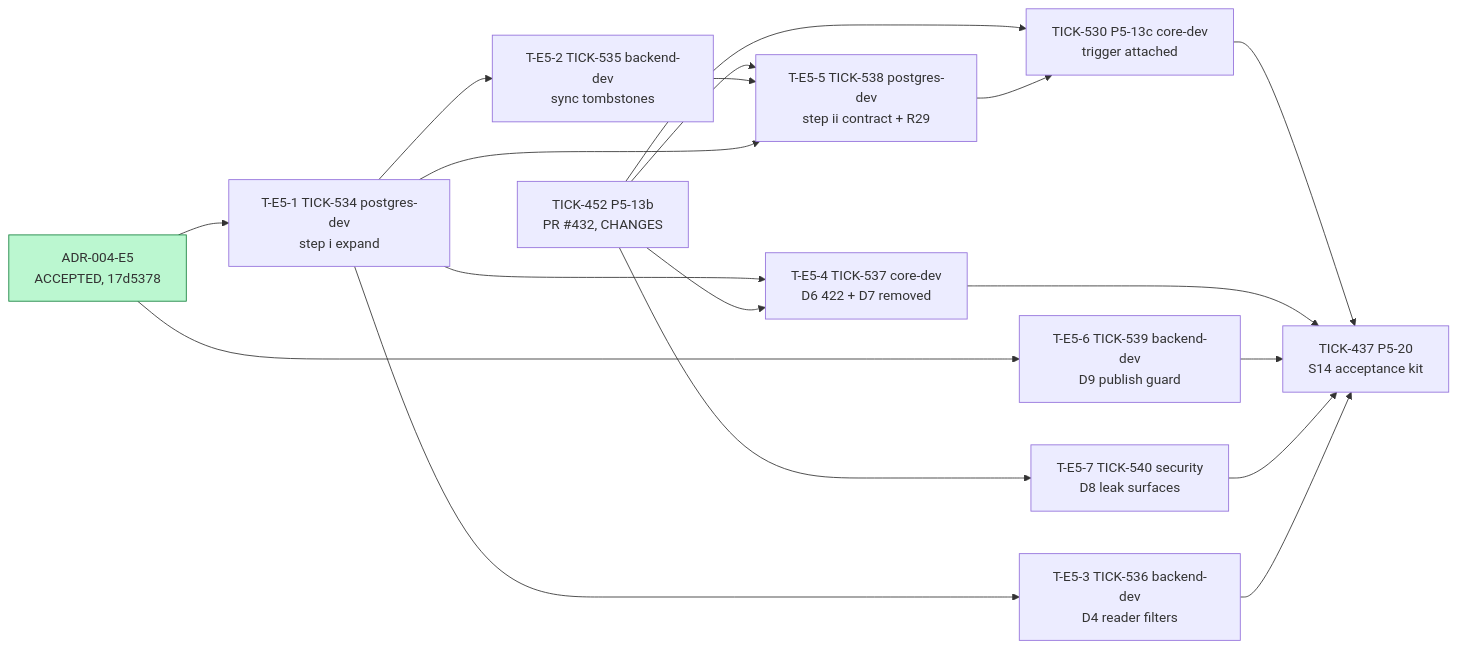
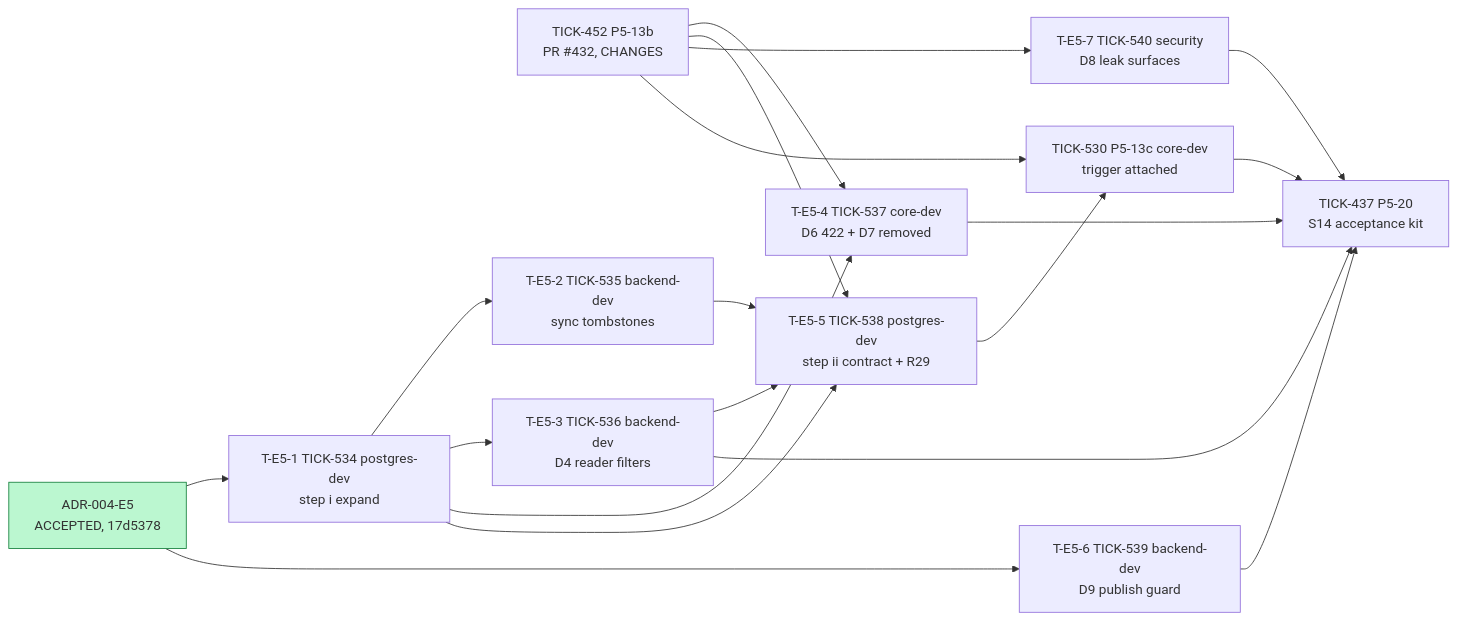
One commit to Navaladi2019/TicketingSystem changed the first of 2 diagrams in docs/delivery/plan-adr-004-e5.md. Above: the diagram before and after it, drawn with Mermaid. The commit also changed other lines of this file and 2 other files, not shown here.

````diff
--- a/docs/delivery/plan-adr-004-e5.md
+++ b/docs/delivery/plan-adr-004-e5.md
@@ -50,21 +50,21 @@
 ```mermaid
 flowchart LR
     ADR[ADR-004-E5<br/>ACCEPTED, 17d5378]:::done
     T452[TICK-452 P5-13b<br/>PR #432, CHANGES]
     E1[T-E5-1 TICK-534 postgres-dev<br/>step i expand]
     E2[T-E5-2 TICK-535 backend-dev<br/>sync tombstones]
     E3[T-E5-3 TICK-536 backend-dev<br/>D4 reader filters]
     E4[T-E5-4 TICK-537 core-dev<br/>D6 422 + D7 removed]
     E5[T-E5-5 TICK-538 postgres-dev<br/>step ii contract + R29]
     E6[T-E5-6 TICK-539 backend-dev<br/>D9 publish guard]
     E7[T-E5-7 TICK-540 security<br/>D8 leak surfaces]
     T530[TICK-530 P5-13c core-dev<br/>trigger attached]
     T437[TICK-437 P5-20<br/>S14 acceptance kit]
     ADR --> E1 & E6
     E1 --> E2 & E3 & E4
     T452 --> E4 & E5 & E7 & T530
-    E2 --> E5 --> T530
+    E2 & E3 --> E5 --> T530
     E1 --> E5
     T530 & E4 & E6 & E7 & E3 --> T437
     classDef done fill:#bbf7d0,stroke:#15803d
 ```
````
